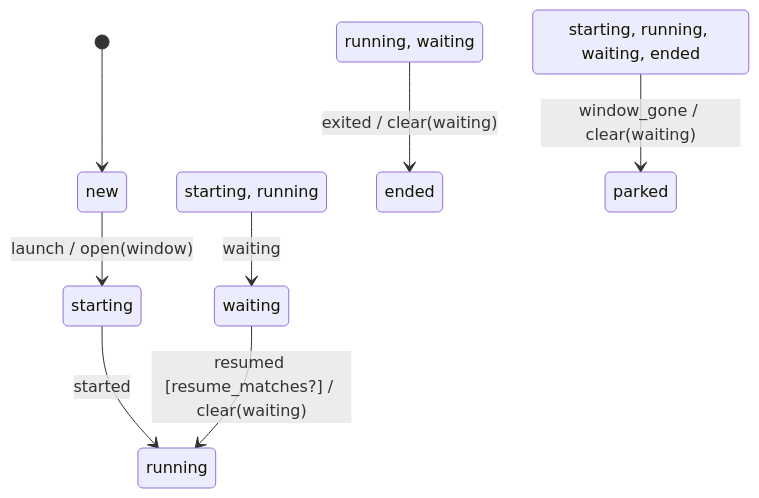
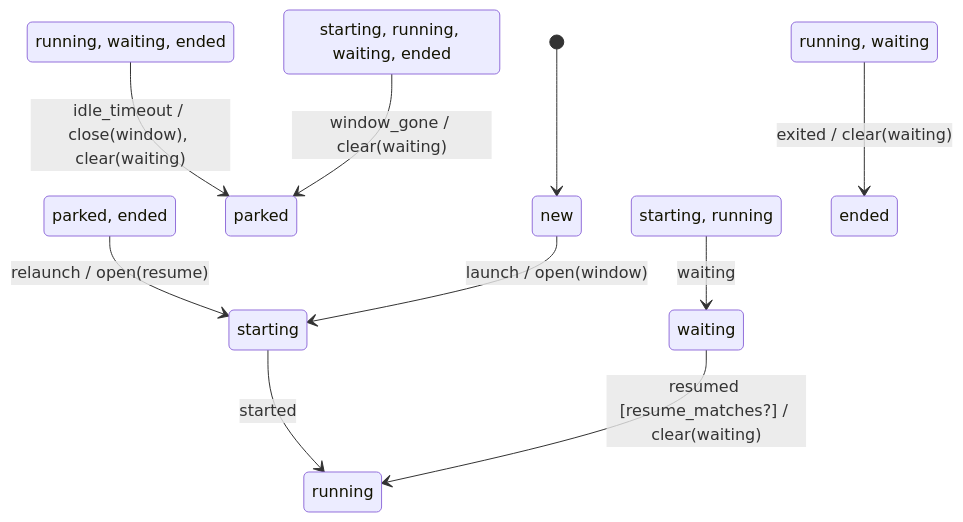
The diagram in docs/machines/session_machine.md (rpmessner/beads-board), drawn with Mermaid before and after one commit. The commit also changed other lines of this file and 51 other files, not shown here.

First line of the commit message:
feat(launcher): park idle planning sessions; Relaunch resumes the same conversation (fm-3c3.4)

````diff
--- a/docs/machines/session_machine.md
+++ b/docs/machines/session_machine.md
@@ -5,13 +5,17 @@
 ```mermaid
 stateDiagram-v2
     [*] --> new
+    fsm_set_0 --> parked: idle_timeout / close(window), clear(waiting)
+    fsm_set_1 --> starting: relaunch / open(resume)
     new --> starting: launch / open(window)
     starting --> running: started
-    fsm_set_2 --> waiting: waiting
+    fsm_set_4 --> waiting: waiting
     waiting --> running: resumed [resume_matches?] / clear(waiting)
-    fsm_set_4 --> ended: exited / clear(waiting)
-    fsm_set_5 --> parked: window_gone / clear(waiting)
-    state "starting, running" as fsm_set_2
-    state "running, waiting" as fsm_set_4
-    state "starting, running, waiting, ended" as fsm_set_5
+    fsm_set_6 --> ended: exited / clear(waiting)
+    fsm_set_7 --> parked: window_gone / clear(waiting)
+    state "running, waiting, ended" as fsm_set_0
+    state "parked, ended" as fsm_set_1
+    state "starting, running" as fsm_set_4
+    state "running, waiting" as fsm_set_6
+    state "starting, running, waiting, ended" as fsm_set_7
 ```
````
